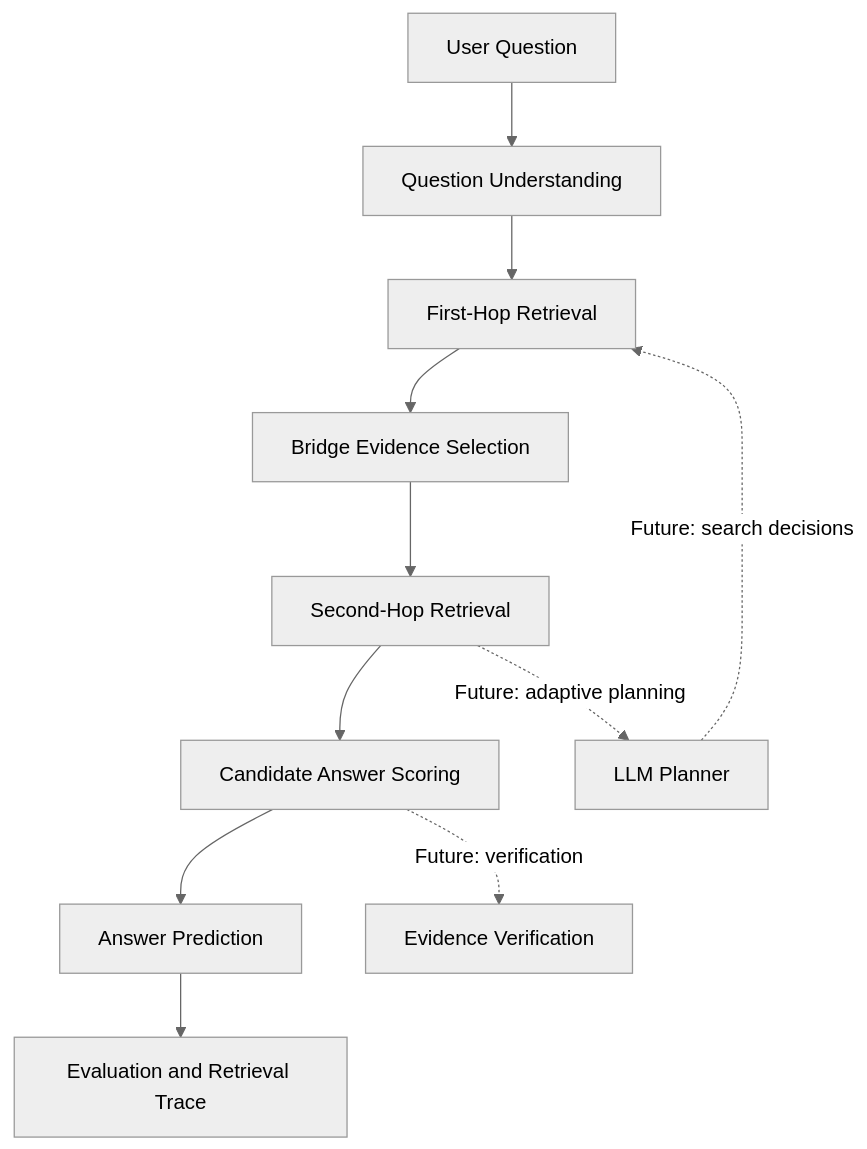
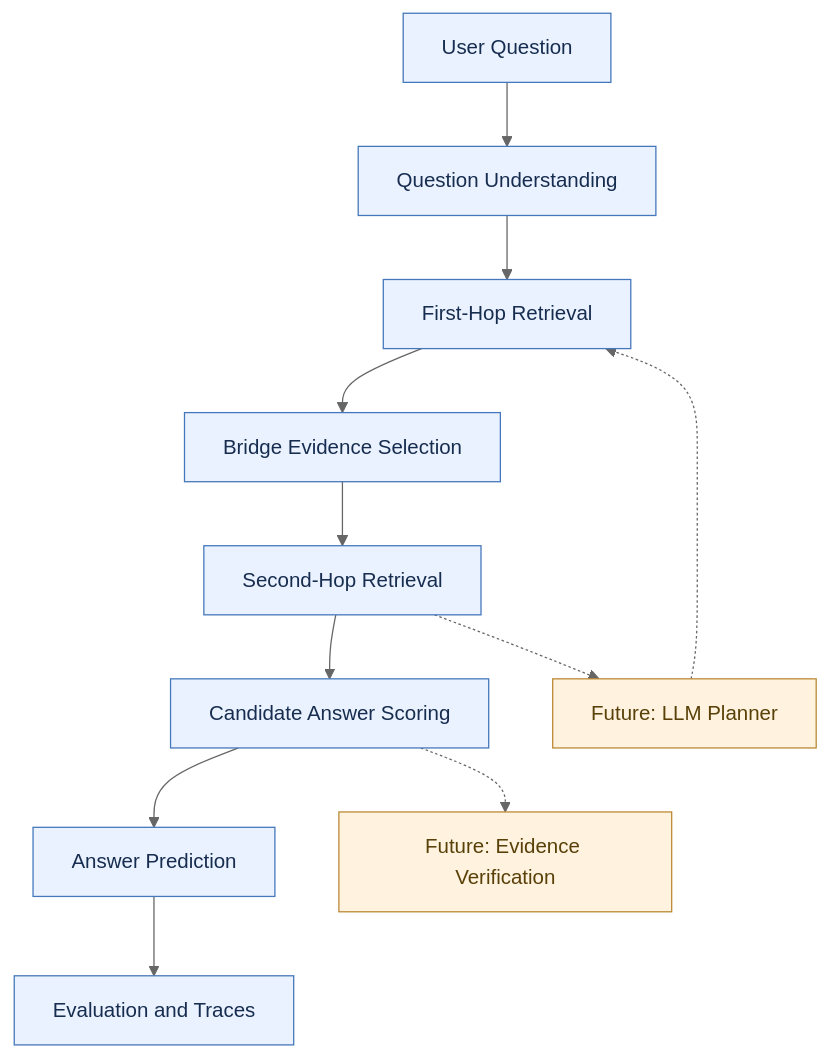
The diagram in README.md (duukkid-arch/MultiHop-RAG), drawn with Mermaid (neutral theme) before and after one commit. The commit also changed other lines of this file, not shown here.

Commit message:
docs: fix README encoding and Mermaid architecture

````diff
--- a/README.md
+++ b/README.md
@@ -28,14 +27,20 @@
 ```mermaid
 flowchart TD
-    A["User Question"] --> B["Question Understanding"]
-    B --> C["First-Hop Retrieval"]
-    C --> D["Bridge Evidence Selection"]
-    D --> E["Second-Hop Retrieval"]
-    E --> F["Candidate Answer Scoring"]
-    F --> G["Answer Prediction"]
-    G --> H["Evaluation and Retrieval Trace"]
+    Q["User Question"] --> U["Question Understanding"]
+    U --> R1["First-Hop Retrieval"]
+    R1 --> B["Bridge Evidence Selection"]
+    B --> R2["Second-Hop Retrieval"]
+    R2 --> S["Candidate Answer Scoring"]
+    S --> O["Answer Prediction"]
+    O --> E["Evaluation and Traces"]
 
-    E -. "Future: adaptive planning" .-> I["LLM Planner"]
-    I -. "Future: search decisions" .-> C
-    F -. "Future: verification" .-> J["Evidence Verification"]
+    R2 -.-> P["Future: LLM Planner"]
+    P -.-> R1
+    S -.-> V["Future: Evidence Verification"]
+
+    classDef process fill:#eaf2ff,stroke:#4477bb,color:#172d4f
+    classDef future fill:#fff3df,stroke:#bb8833,color:#594008
+
+    class Q,U,R1,B,R2,S,O,E process
+    class P,V future
 ```
````
